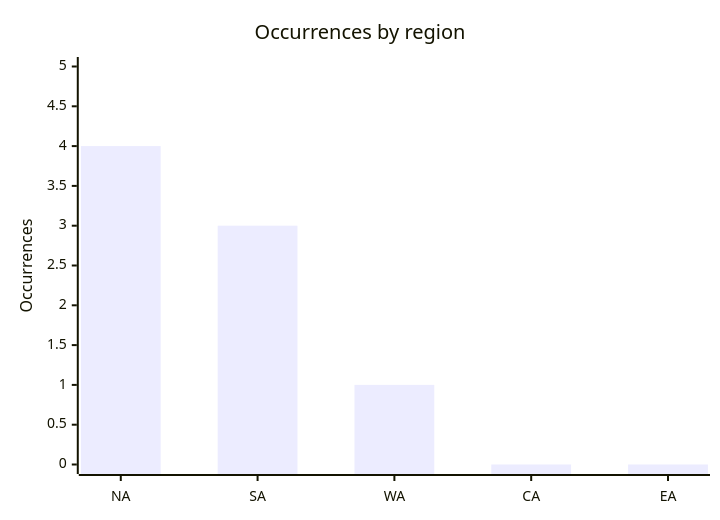
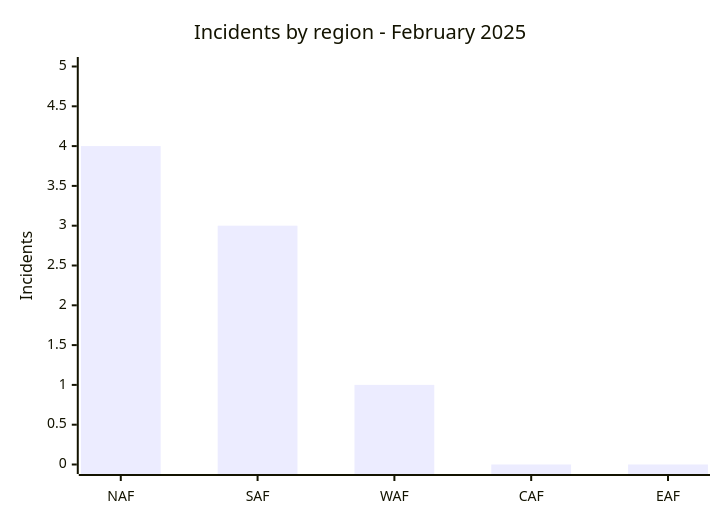
One commit to Hatchepsoute/AFRINTEL changed the fourth of 7 diagrams in CyberAttackAfrica/2025/02-february/README.md. Above: the diagram before and after it, drawn with Mermaid. The commit also changed other lines of this file and 7 other files, not shown here.

````diff
--- a/CyberAttackAfrica/2025/02-february/README.md
+++ b/CyberAttackAfrica/2025/02-february/README.md
@@ -116,7 +119,7 @@
 ```mermaid
-xychart
-    title "Occurrences by region"
-    x-axis ["NA","SA","WA","CA","EA"]
-    y-axis "Occurrences" 0 --> 5
-    bar [4,3,1,0,0]
+xychart-beta
+    title "Incidents by region - February 2025"
+    x-axis ["NAF", "SAF", "WAF", "CAF", "EAF"]
+    y-axis "Incidents" 0 --> 5
+    bar [4, 3, 1, 0, 0]
 ```
````
